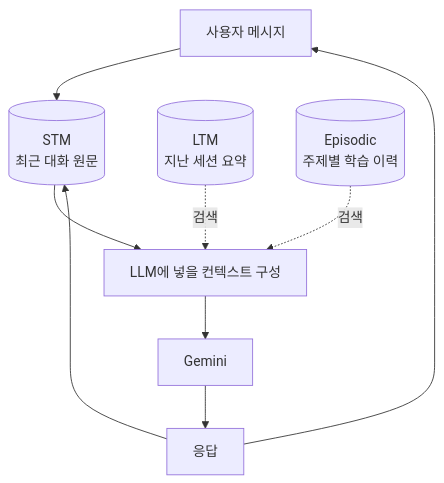
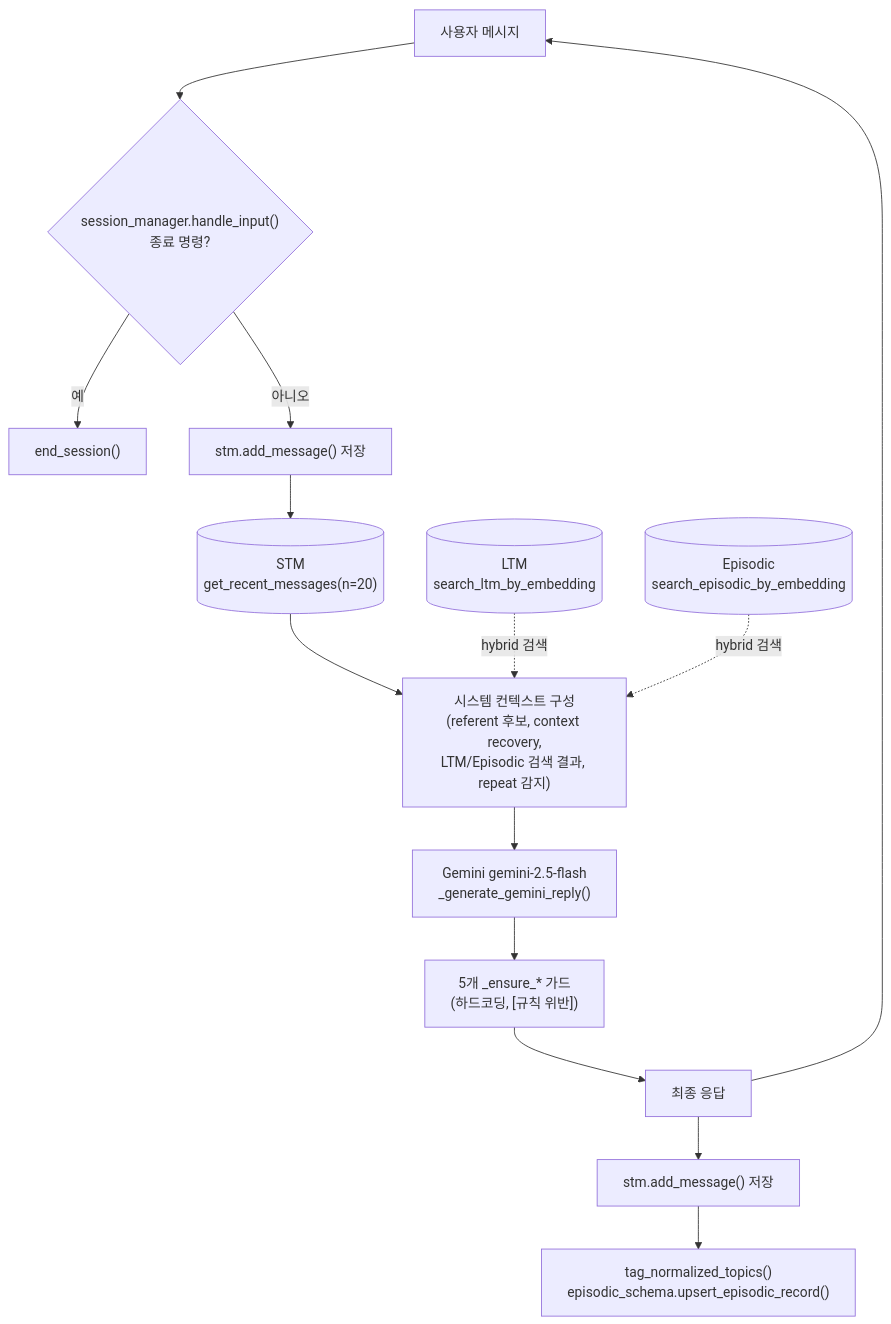
The first of 2 diagrams in docs/ARCHITECTURE.md (Kanmanemone/memory-augmented-learning-chatbot), drawn with Mermaid before and after one commit. The commit also changed other lines of this file and 2 other files, not shown here.

First line of the commit message:
docs: PRD/ARCHITECTURE/ADR를 실제 코드 전수 조사 기반으로 상세화

````diff
--- a/docs/ARCHITECTURE.md
+++ b/docs/ARCHITECTURE.md
@@ -34,11 +88,16 @@
 ```mermaid
 flowchart TD
-    U["사용자 메시지"] --> STM[("STM\n최근 대화 원문")]
-    STM --> CTX["LLM에 넣을 컨텍스트 구성"]
-    LTM1[("LTM\n지난 세션 요약")] -.검색.-> CTX
-    EPI1[("Episodic\n주제별 학습 이력")] -.검색.-> CTX
-    CTX --> LLM["Gemini"]
-    LLM --> REPLY["응답"]
-    REPLY --> STM
+    U["사용자 메시지"] --> EXIT{"session_manager.handle_input()\n종료 명령?"}
+    EXIT -- 예 --> END["end_session()"]
+    EXIT -- 아니오 --> SAVE["stm.add_message() 저장"]
+    SAVE --> STM[("STM\nget_recent_messages(n=20)")]
+    STM --> CTX["시스템 컨텍스트 구성\n(referent 후보, context recovery,\nLTM/Episodic 검색 결과, repeat 감지)"]
+    LTM1[("LTM\nsearch_ltm_by_embedding")] -.hybrid 검색.-> CTX
+    EPI1[("Episodic\nsearch_episodic_by_embedding")] -.hybrid 검색.-> CTX
+    CTX --> LLM["Gemini gemini-2.5-flash\n_generate_gemini_reply()"]
+    LLM --> GUARD["5개 _ensure_* 가드\n(하드코딩, [규칙 위반])"]
+    GUARD --> REPLY["최종 응답"]
+    REPLY --> SAVE2["stm.add_message() 저장"]
+    SAVE2 --> TAG["tag_normalized_topics()\nepisodic_schema.upsert_episodic_record()"]
     REPLY --> U
 ```
````
